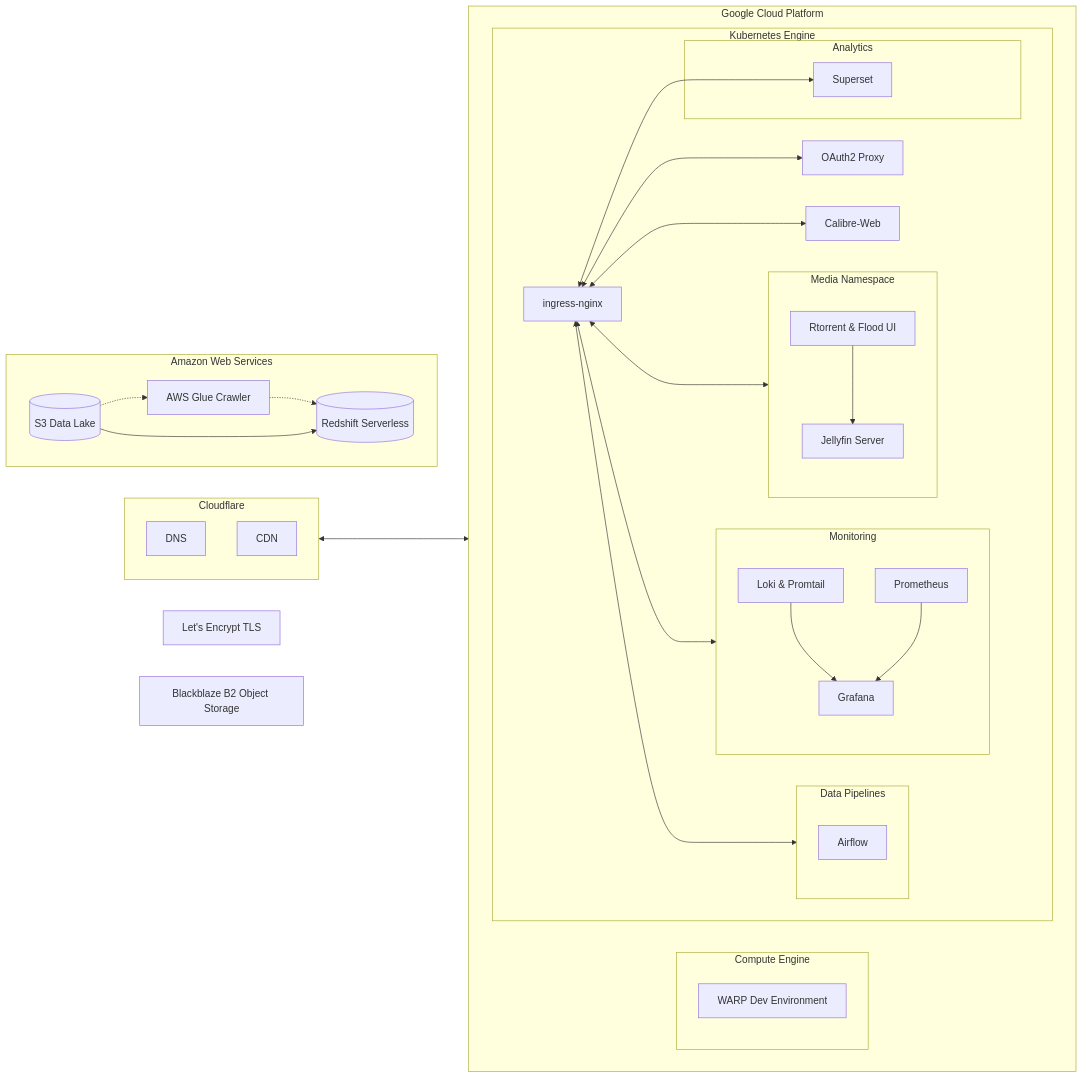
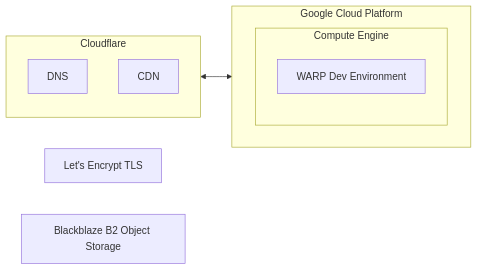
Before and after one commit to mrzzy/nimbus: the diagram in README.md, drawn with Mermaid. The commit also changed other lines of this file and 91 other files, not shown here.

Commit message:
refactor: retire gcp, aws cloud services to cut costs

````diff
--- a/README.md
+++ b/README.md
@@ -13,47 +12,20 @@
 ```mermaid
 flowchart LR
     tls[Let's Encrypt TLS]
     b2[Blackblaze B2 Object Storage]
 
     subgraph cf[Cloudflare]
         direction TB
         DNS
         CDN
     end
 
     cf[Cloudflare] <--> gcp
 
     subgraph gcp[Google Cloud Platform]
         direction LR
         subgraph gce[Compute Engine]
             dev-env[WARP Dev Environment]
         end
-
-        subgraph k8s[Kubernetes Engine]
-            direction LR
-
-            ingress[ingress-nginx] <--> oauth[OAuth2 Proxy]
-            ingress <--> media & monitoring & pipeline & superset & calibre-web[Calibre-Web]
-            subgraph media[Media Namespace]
-                torrent[Rtorrent & Flood UI] -->  media-svr[Jellyfin Server]
-            end
-            subgraph monitoring[Monitoring]
-                log[Loki & Promtail]
-                metrics[Prometheus]
-                log & metrics --> dashboard[Grafana]
-            end
-            subgraph pipeline[Data Pipelines]
-                airflow[Airflow]
-            end
-            subgraph analytics[Analytics]
-                superset[Superset]
-            end
-        end
-    end
-
-    subgraph aws[Amazon Web Services]
-        direction LR
-        s3 -.-> glue[AWS Glue Crawler] -.-> redshift
-        s3[(S3 Data Lake)] --> redshift[(Redshift Serverless)]
     end
 ```
````
